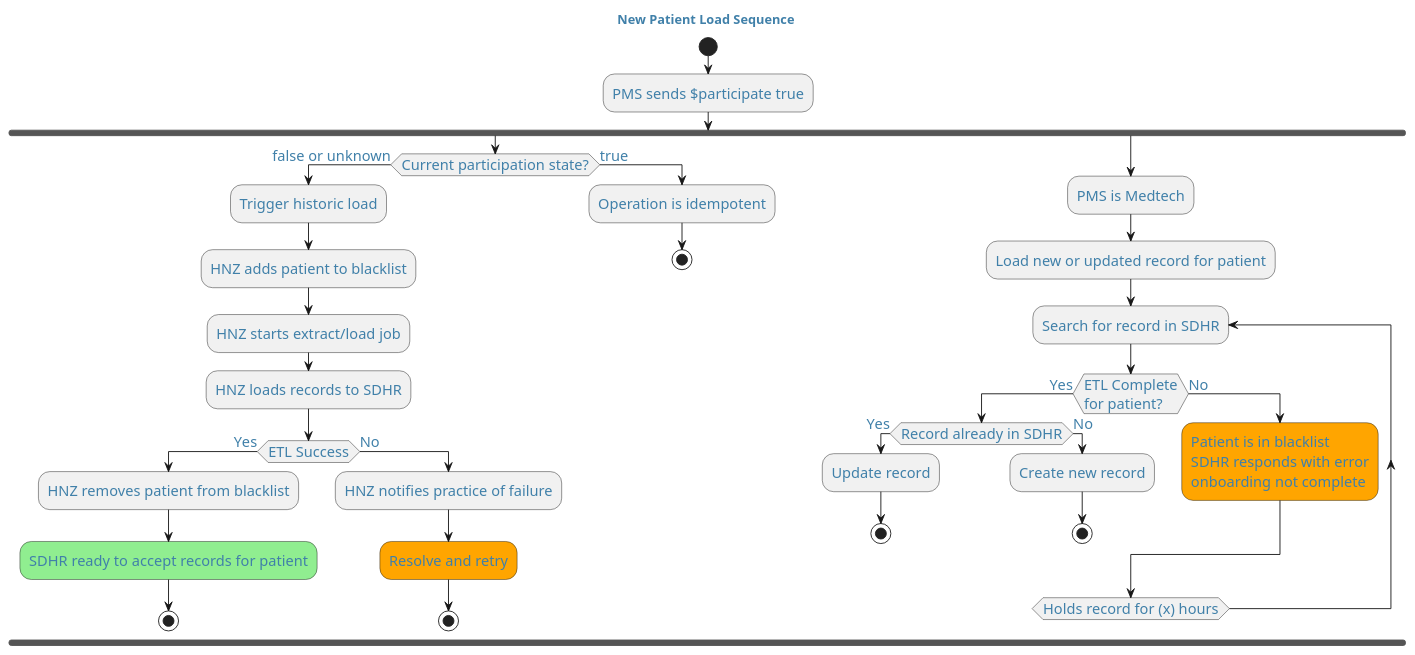
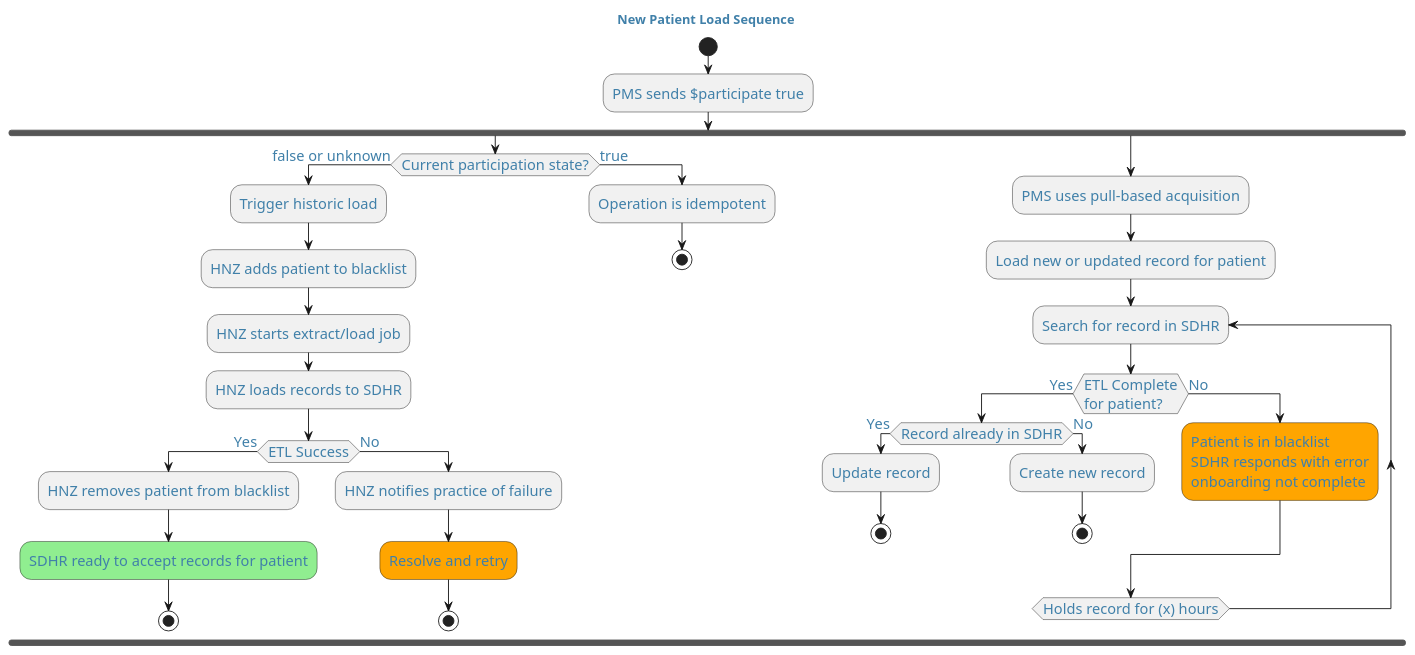
The diagram in input/images-source/patient-historic-load-activity-diagram.puml (tewhatuora/fhir-sdhr), drawn with PlantUML before and after one commit. The commit also changed 9 other files, not shown here.

```diff
--- a/input/images-source/patient-historic-load-activity-diagram.puml
+++ b/input/images-source/patient-historic-load-activity-diagram.puml
@@ -1,71 +1,68 @@
 @startuml
 
 title: New Patient Load Sequence
 
 ' skinparam dpi 100
 ' scale max 700 width
 
 ' Define colour scheme and styling for the diagram
 ' Standard HNZ colours
 skinparam {
     defaultFontColor #4080a9
     defaultBackgroundColor #d7f8ff
     '     defaultComponentColour #61d9de
     '     defaultActorColour #61d9de
     defaultFontSize 16
     defaultArrowThickness 6
     '     actorStyle awesome
     '     linetype polyline
 }
 
 'allowmixing
 
 start
 
 ':Practice onboards to SDHR service;
 ':Practice communicates with patients;
 ':3. Practice collects patient consents;
 ':PMS enables SDHR data sharing;
 :PMS sends $participate true;
 fork
     if(Current participation state?) then (false or unknown)
         :Trigger historic load;
         :HNZ adds patient to blacklist;
         :HNZ starts extract/load job;
         :HNZ loads records to SDHR;
         if(ETL Success) then (Yes)
             :HNZ removes patient from blacklist;
             #LightGreen:SDHR ready to accept records for patient;
             stop
         else (No)
             :HNZ notifies practice of failure;
             #Orange:Resolve and retry;
             stop
         endif
         else (true)
             :Operation is idempotent;
         stop
     endif
 fork again
-    :PMS is Medtech;
+    :PMS uses pull-based acquisition;
     :Load new or updated record for patient;
     repeat:Search for record in SDHR;
     if(ETL Complete\nfor patient?) then (Yes)
         if(Record already in SDHR) then (Yes)
             :Update record;
             stop
         else (No)
             :Create new record;
             stop
         endif
     else (No)
         #Orange:Patient is in blacklist\nSDHR responds with error\nonboarding not complete;
     endif
     repeat while (Holds record for (x) hours)
     detach
-' fork again
-'     :PMS is Indici;
-'     :Indici holds extract/load job;\
 
 
         @enduml
```
